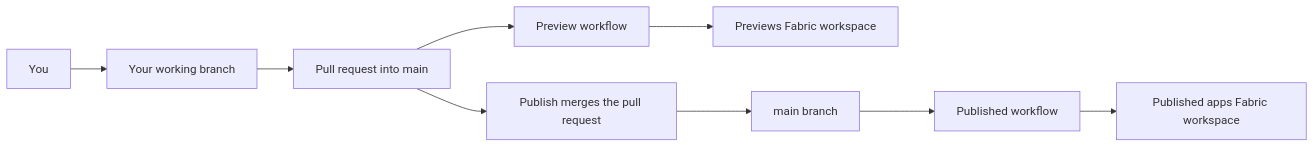
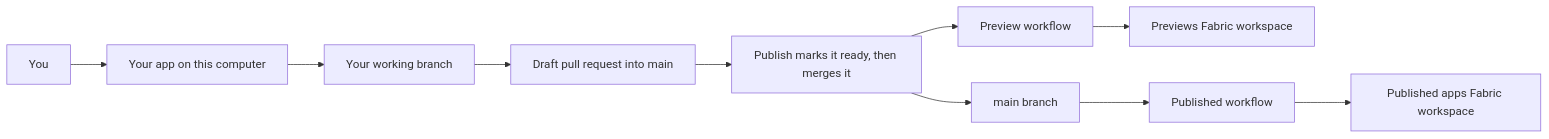
One commit to spatney/rayfin-fabricator changed the diagram in website/content/docs/team/index.mdx. Above: the diagram before and after it, drawn with Mermaid. The commit also changed other lines of this file and 103 other files, not shown here.

````diff
--- a/website/content/docs/team/index.mdx
+++ b/website/content/docs/team/index.mdx
@@ -26,16 +30,17 @@
 ```mermaid
 flowchart LR
-  You["You"] --> Branch["Your working branch"]
-  Branch --> PullRequest["Pull request into main"]
-  PullRequest --> PreviewWorkflow["Preview workflow"]
+  You["You"] --> Local["Your app on this computer"]
+  Local --> Branch["Your working branch"]
+  Branch --> PullRequest["Draft pull request into main"]
+  PullRequest --> Publish["Publish marks it ready, then merges it"]
+  Publish --> PreviewWorkflow["Preview workflow"]
   PreviewWorkflow --> PreviewWorkspace["Previews Fabric workspace"]
-  PullRequest --> Publish["Publish merges the pull request"]
   Publish --> Main["main branch"]
   Main --> PublishWorkflow["Published workflow"]
   PublishWorkflow --> PublishedWorkspace["Published apps Fabric workspace"]
 
   class You actor
   class Branch,PullRequest,Main store
-  class PreviewWorkflow,Publish,PublishWorkflow service
+  class Local,PreviewWorkflow,Publish,PublishWorkflow service
   class PreviewWorkspace,PublishedWorkspace external
 ```
````
